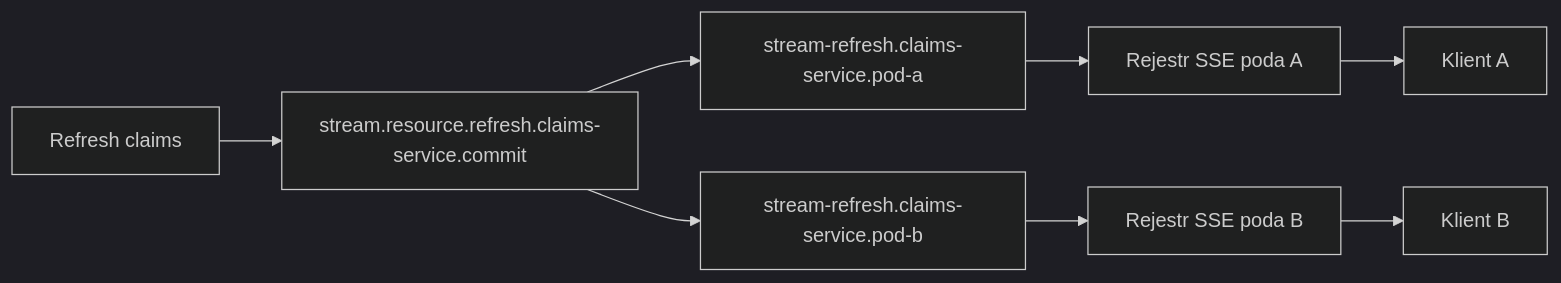
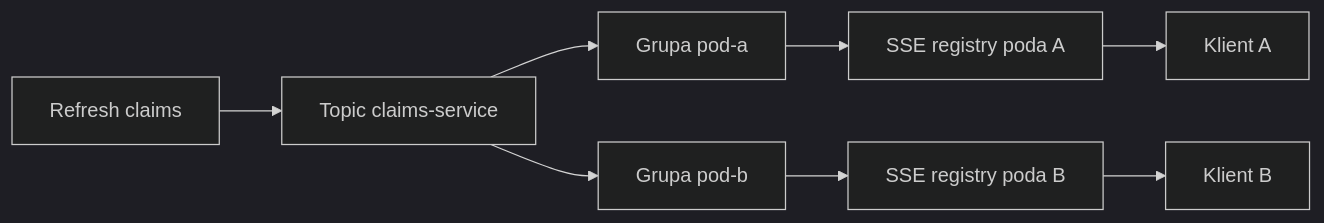
Before and after one commit to KNOSERO/core_java_ravcube: the second of 2 diagrams in docs/libraries/stream.md, drawn with Mermaid (dark theme). The commit also changed other lines of this file and 14 other files, not shown here.

```diff
--- a/docs/libraries/stream.md
+++ b/docs/libraries/stream.md
@@ -165,10 +102,10 @@
 ~~~mermaid
 graph LR
-    Event[Refresh claims] --> Topic[stream.resource.refresh.claims-service.commit]
-    Topic --> GroupA[stream-refresh.claims-service.pod-a]
-    Topic --> GroupB[stream-refresh.claims-service.pod-b]
-    GroupA --> RegistryA[Rejestr SSE poda A]
-    GroupB --> RegistryB[Rejestr SSE poda B]
+    Event[Refresh claims] --> Topic[Topic claims-service]
+    Topic --> GroupA[Grupa pod-a]
+    Topic --> GroupB[Grupa pod-b]
+    GroupA --> RegistryA[SSE registry poda A]
+    GroupB --> RegistryB[SSE registry poda B]
     RegistryA --> ClientA[Klient A]
     RegistryB --> ClientB[Klient B]
 ~~~
```
